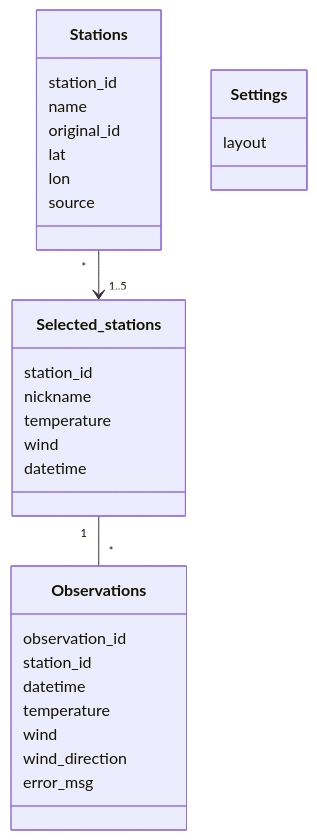
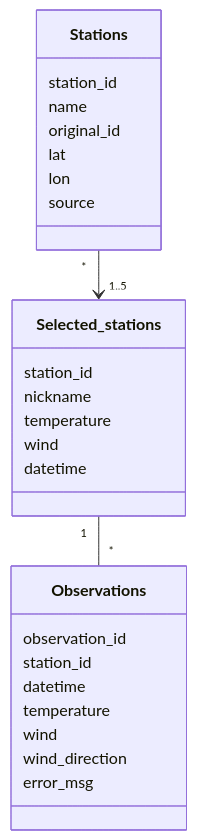
One commit to mcpaulafi/ot-harjoitustyo changed the third of 7 diagrams in documentation/architecture.md. Above: the diagram before and after it, drawn with Mermaid. The commit also changed other lines of this file and 2 other files, not shown here.

Commit message:
Removed settings table from database

````diff
--- a/documentation/architecture.md
+++ b/documentation/architecture.md
@@ -118,32 +118,30 @@
 ```mermaid
  classDiagram
     Stations "*" --> "1..5" Selected_stations
     Selected_stations "1" -- "*" Observations
     class Stations {
         station_id
         name
         original_id
         lat
         lon
         source
     }
     class Selected_stations {
         station_id
         nickname
         temperature
         wind
         datetime
     }
     class Observations {
         observation_id
         station_id
         datetime
         temperature
         wind
         wind_direction
         error_msg
     }
-    class Settings {
-        layout
-    }
+
 ```
````
